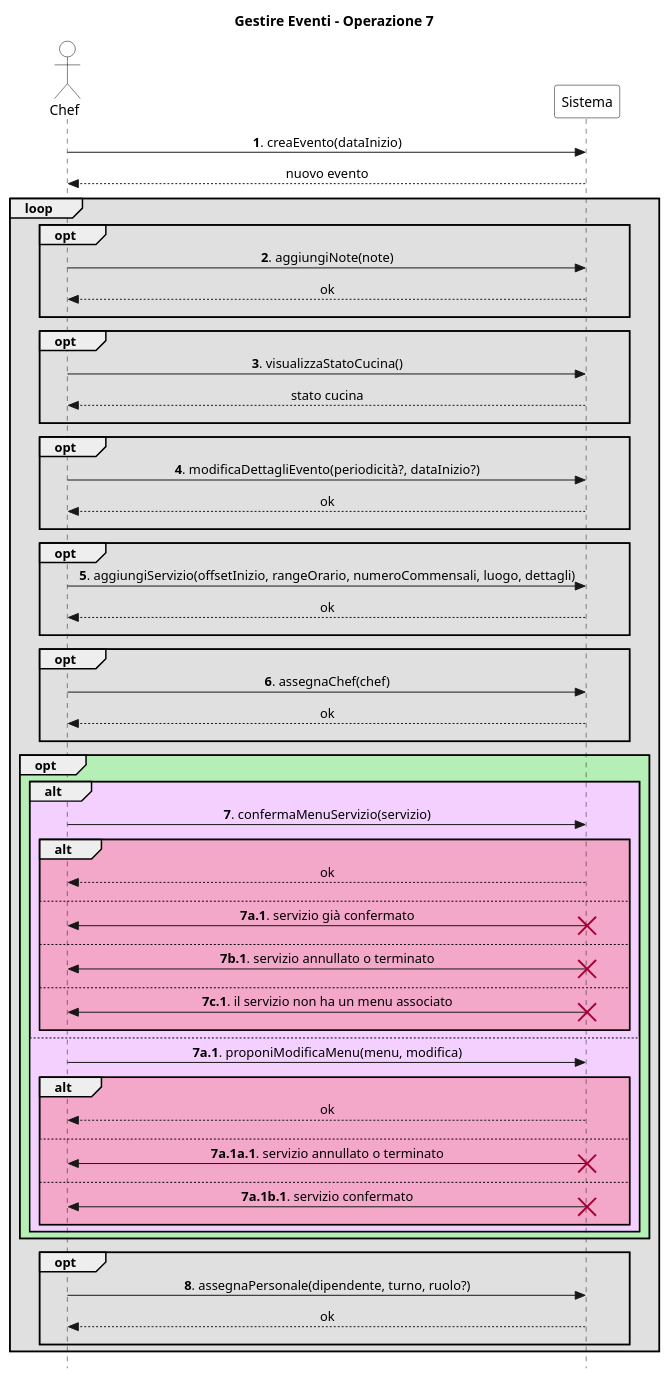
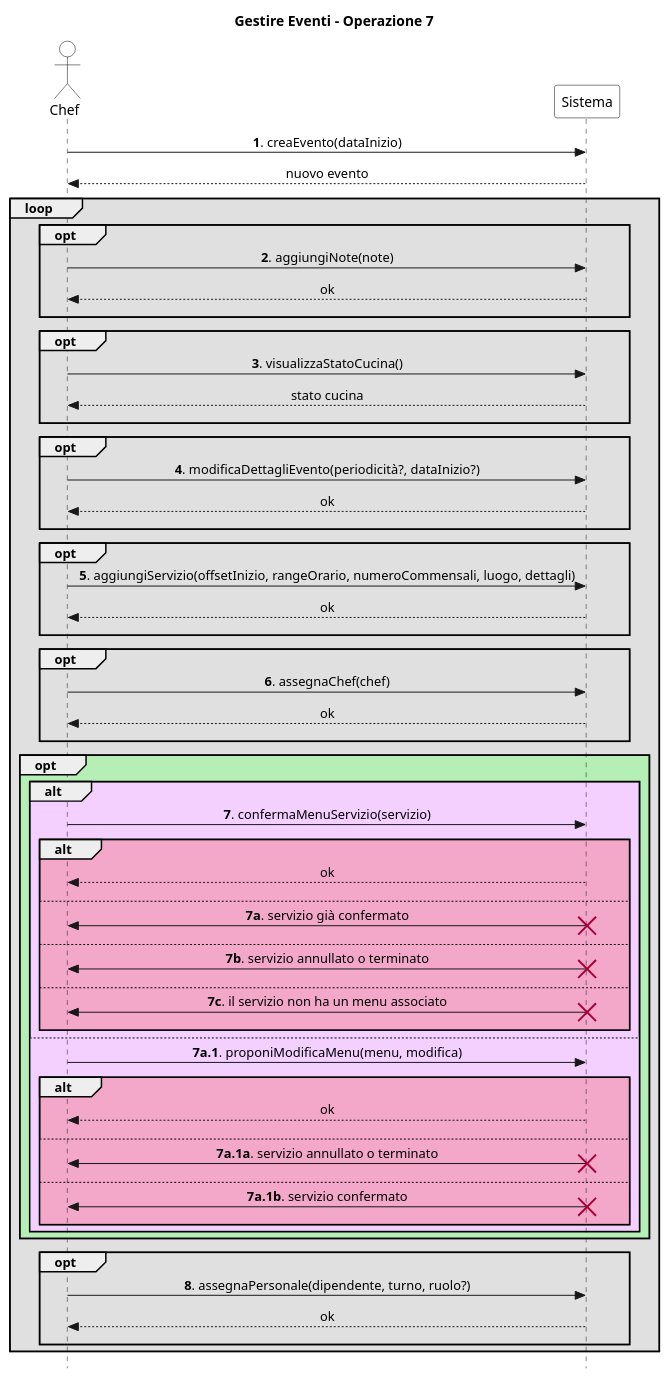
The diagram in UP/Requisiti/UC Gestire Eventi/SSD/Estensioni-Eccezioni Op7.puml (stefa168/sas-project), drawn with PlantUML before and after one commit. The commit also changed 3 other files, not shown here.

```diff
--- a/UP/Requisiti/UC Gestire Eventi/SSD/Estensioni-Eccezioni Op7.puml
+++ b/UP/Requisiti/UC Gestire Eventi/SSD/Estensioni-Eccezioni Op7.puml
@@ -1,93 +1,93 @@
 @startuml
 skinparam Style strictuml
 skinparam SequenceMessageAlign center
 
 skinparam sequence {
     ActorBorderColor Black
     ActorBackgroundColor White
     ParticipantBorderColor Black
     ParticipantBackgroundColor White
 }
 
 actor Chef
 participant Sistema
 
 title Gestire Eventi - Operazione 7
 
 Chef -> Sistema: **1**. creaEvento(dataInizio)
 return nuovo evento
 
 loop #e0e0e0
     opt #e0e0e0
         Chef -> Sistema: **2**. aggiungiNote(note)
         return ok
         ||10||
     end
 
     opt #e0e0e0
         Chef -> Sistema: **3**. visualizzaStatoCucina()
         return stato cucina
         ||10||
     end
 
     opt #e0e0e0
         Chef -> Sistema: **4**. modificaDettagliEvento(periodicità?, dataInizio?)
         return ok
         ||10||
     end
 
     opt #e0e0e0
         Chef -> Sistema: **5**. aggiungiServizio(offsetInizio, rangeOrario, numeroCommensali, luogo, dettagli)
         return ok
         ||10||
     end
 
     opt #e0e0e0
         Chef -> Sistema: **6**. assegnaChef(chef)
         return ok
         ||10||
     end
 
     opt #b6efb6
         alt #f3d0ff
             Chef -> Sistema: **7**. confermaMenuServizio(servizio)
             alt #f3a7c9
                 return ok
                 ||10||
             else
-                Chef <- Sistema: **7a.1**. servizio già confermato
+                Chef <- Sistema: **7a**. servizio già confermato
                 destroy Sistema
                 ||10||
             else
-                Chef <- Sistema: **7b.1**. servizio annullato o terminato
+                Chef <- Sistema: **7b**. servizio annullato o terminato
                 destroy Sistema
                 ||10||
             else
-                Chef <- Sistema: **7c.1**. il servizio non ha un menu associato
+                Chef <- Sistema: **7c**. il servizio non ha un menu associato
                 destroy Sistema
                 ||10||
             end
         else
             Chef -> Sistema: **7a.1**. proponiModificaMenu(menu, modifica)
             alt #f3a7c9
                 return ok
                 ||10||
             else
-                Chef <- Sistema: **7a.1a.1**. servizio annullato o terminato
+                Chef <- Sistema: **7a.1a**. servizio annullato o terminato
                 destroy Sistema
                 ||10||
             else
-                Chef <- Sistema: **7a.1b.1**. servizio confermato
+                Chef <- Sistema: **7a.1b**. servizio confermato
                 destroy Sistema
                 ||10||
             end
         end
     end
 
     opt #e0e0e0
         Chef -> Sistema: **8**. assegnaPersonale(dipendente, turno, ruolo?)
         return ok
         ||10||
     end
 end
 @enduml
```
